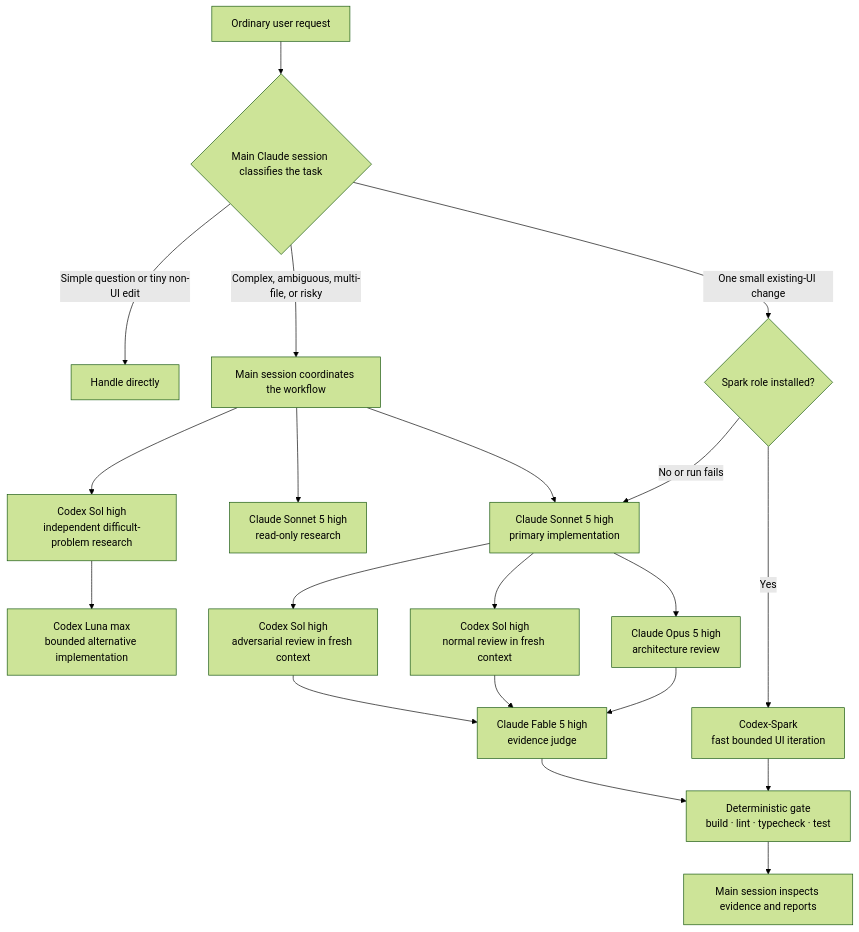
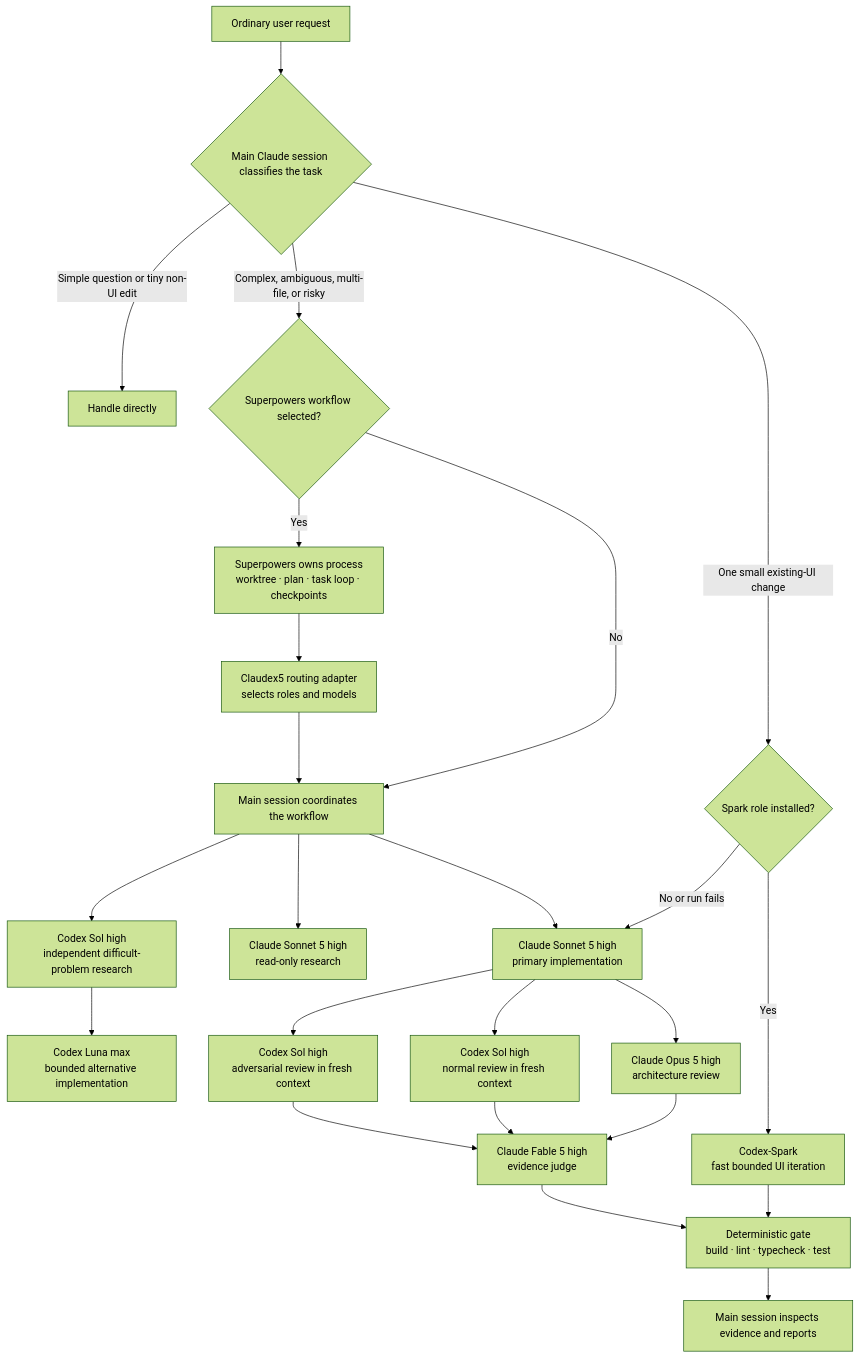
One commit to woongjaejung/claudex5-engineering-harness changed the first of 2 diagrams in README.md. Above: the diagram before and after it, drawn with Mermaid (forest theme). The commit also changed other lines of this file and 11 other files, not shown here.

Commit message:
feat: route Superpowers through Claudex5

````diff
--- a/README.md
+++ b/README.md
@@ -25,22 +26,26 @@
 ```mermaid
 flowchart TD
     U["Ordinary user request"] --> C{"Main Claude session classifies the task"}
     C -->|"Simple question or tiny non-UI edit"| D["Handle directly"]
     C -->|"One small existing-UI change"| SA{"Spark role installed?"}
     SA -->|"Yes"| SP["Codex-Spark<br/>fast bounded UI iteration"]
     SA -->|"No or run fails"| I
-    C -->|"Complex, ambiguous, multi-file, or risky"| O["Main session coordinates the workflow"]
+    C -->|"Complex, ambiguous, multi-file, or risky"| W{"Superpowers workflow selected?"}
+    W -->|"Yes"| SW["Superpowers owns process<br/>worktree · plan · task loop · checkpoints"]
+    W -->|"No"| O["Main session coordinates the workflow"]
+    SW --> A["Claudex5 routing adapter<br/>selects roles and models"]
+    A --> O
     O --> R["Claude Sonnet 5 high<br/>read-only research"]
     O --> I["Claude Sonnet 5 high<br/>primary implementation"]
     O --> SR["Codex Sol high<br/>independent difficult-problem research"]
     SR --> LI["Codex Luna max<br/>bounded alternative implementation"]
     SP --> G
     I --> AR["Claude Opus 5 high<br/>architecture review"]
     I --> NR["Codex Sol high<br/>normal review in fresh context"]
     I --> XR["Codex Sol high<br/>adversarial review in fresh context"]
     AR --> J["Claude Fable 5 high<br/>evidence judge"]
     NR --> J
     XR --> J
     J --> G["Deterministic gate<br/>build · lint · typecheck · test"]
     G --> F["Main session inspects evidence and reports"]
 ```
````
